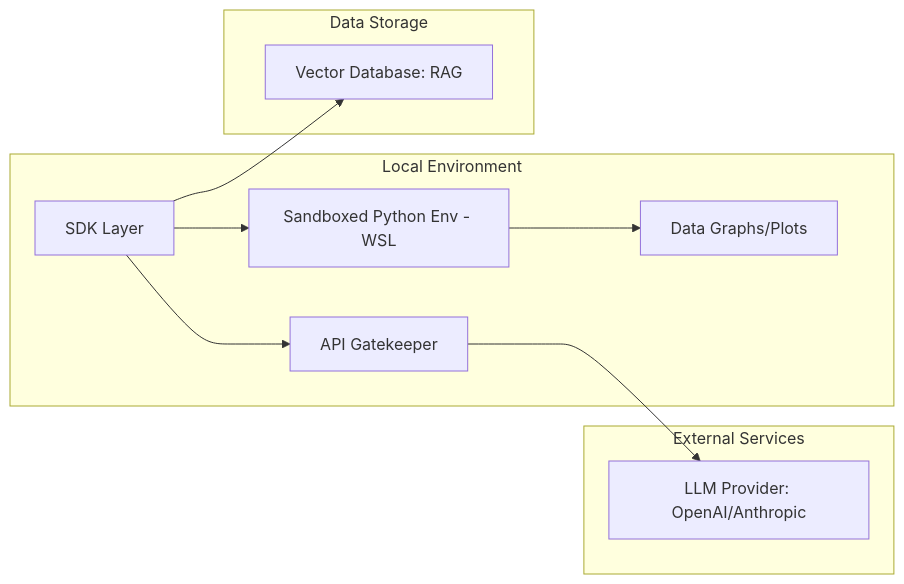
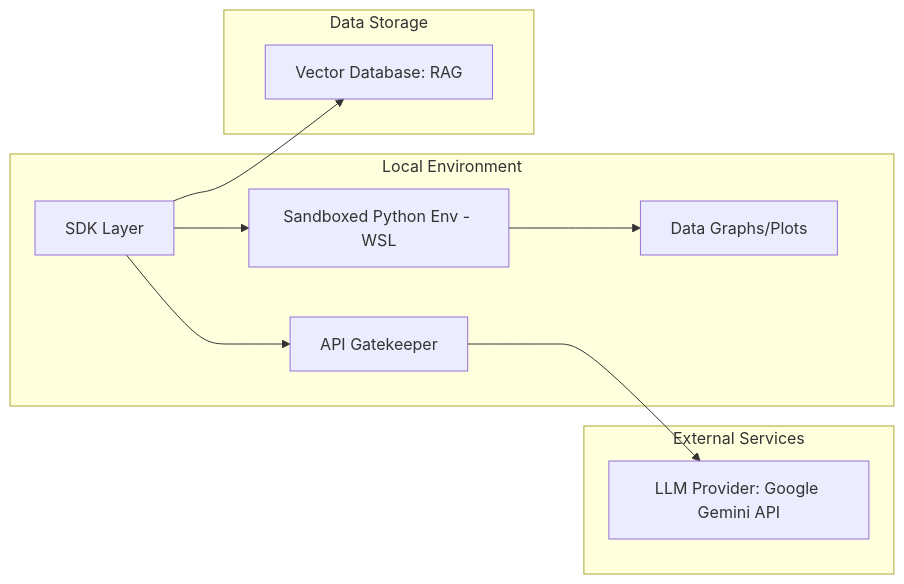
Before and after one commit to Diana-Koroblov/-Autonomous-Academic-Paper-Generation-Pipeline: the sixth of 6 diagrams in docs/PLAN.md, drawn with Mermaid. The commit also changed other lines of this file and 10 other files, not shown here.

Commit message:
Phase 1.1 Completed: Initialized environment, architecture diagrams, Gemini configurations, and runtime security

````diff
--- a/docs/PLAN.md
+++ b/docs/PLAN.md
@@ -187,14 +187,14 @@
 ```mermaid
 graph LR
     subgraph "Local Environment"
         SDK[SDK Layer] --> GK[API Gatekeeper]
         SDK --> SB[Sandboxed Python Env - WSL]
         SB --> GR[Data Graphs/Plots]
     end
     subgraph "External Services"
-        GK --> LLM[LLM Provider: OpenAI/Anthropic]
+        GK --> LLM[LLM Provider: Google Gemini API]
     end
     subgraph "Data Storage"
         SDK --> VDB[Vector Database: RAG]
     end
 ```
````
